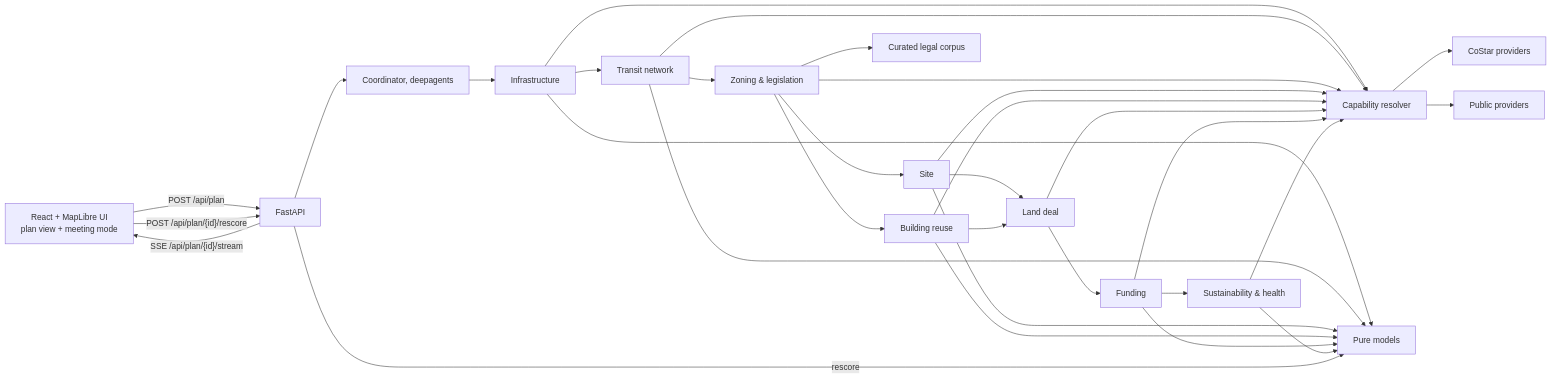
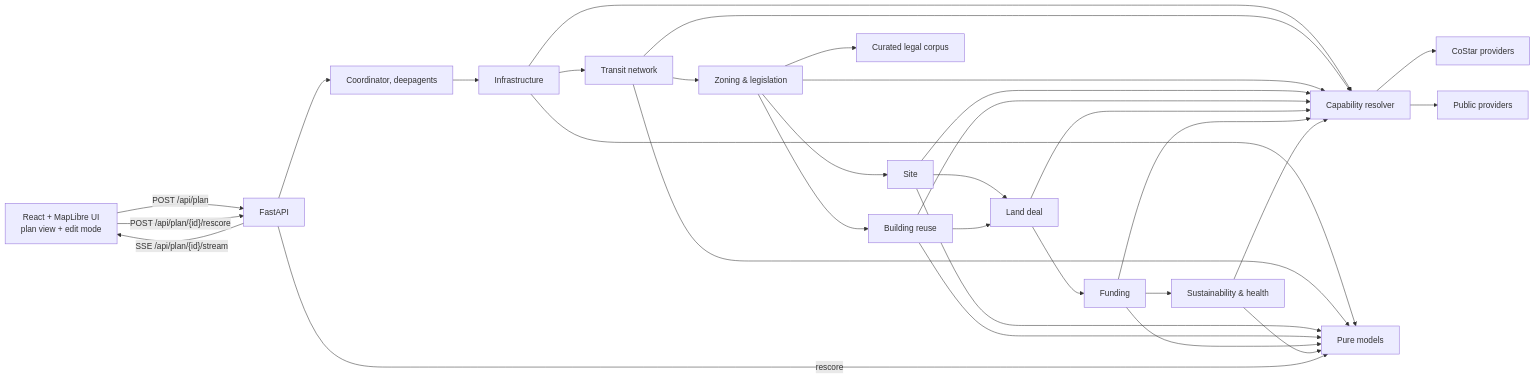
Before and after one commit to Aryan-Ashta/tod-copilot: the diagram in docs/02-architecture.md, drawn with Mermaid. The commit also changed other lines of this file and 18 other files, not shown here.

First line of the commit message:
Edit mode: rename, layers panel, compact green-space slider on the map; calmer sustainability focus

````diff
--- a/docs/02-architecture.md
+++ b/docs/02-architecture.md
@@ -5,15 +5,15 @@
 ```mermaid
 flowchart LR
-  UI[React + MapLibre UI<br/>plan view + meeting mode] -- POST /api/plan --> API[FastAPI]
+  UI[React + MapLibre UI<br/>plan view + edit mode] -- POST /api/plan --> API[FastAPI]
   API -- SSE /api/plan/{id}/stream --> UI
   UI -- POST /api/plan/{id}/rescore --> API
   API --> COORD[Coordinator, deepagents]
   COORD --> I[Infrastructure] --> T[Transit network] --> Z[Zoning & legislation]
   Z --> S[Site] & R[Building reuse]
   S & R --> L[Land deal] --> F[Funding] --> G[Sustainability & health]
   I & T & Z & S & R & L & F & G --> DATA[Capability resolver]
   I & T & S & R & F & G --> MODELS[Pure models]
   Z --> CORPUS[Curated legal corpus]
   DATA --> COSTAR[CoStar providers] & PUBLIC[Public providers]
   API -- rescore --> MODELS
 ```
````
